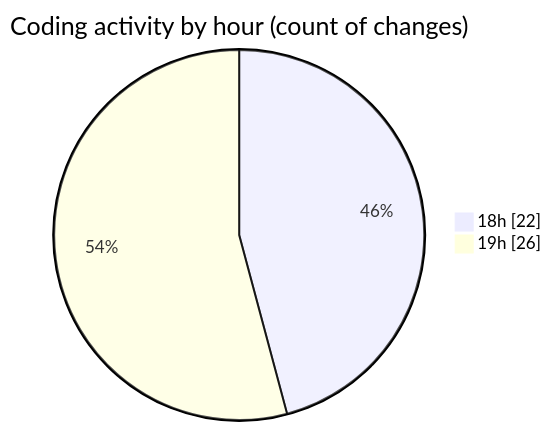
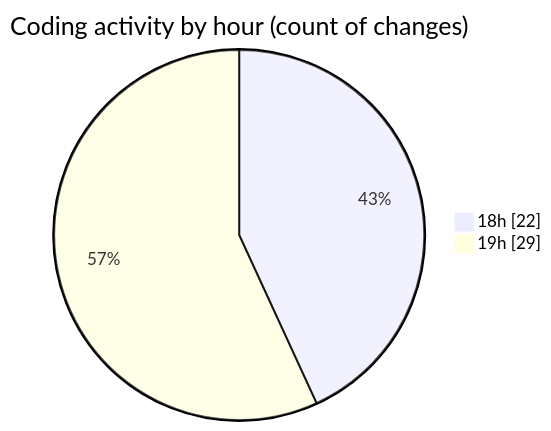
Before and after one commit to idhammustaqopulfikri/code-tracking: the second of 2 diagrams in 2025-06-13/studio-backend/README.md, drawn with Mermaid. The commit also changed other lines of this file and 1 other file, not shown here.

````diff
--- a/2025-06-13/studio-backend/README.md
+++ b/2025-06-13/studio-backend/README.md
@@ -39,6 +39,6 @@
 ```mermaid
 pie showData
 title Coding activity by hour (count of changes)
 "18h" : 22
-"19h" : 26
+"19h" : 29
 ```
````
